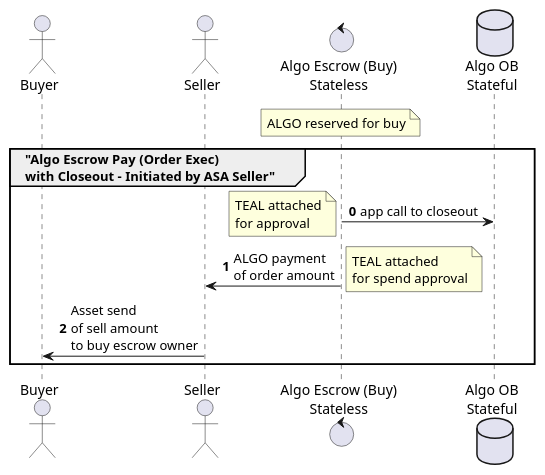
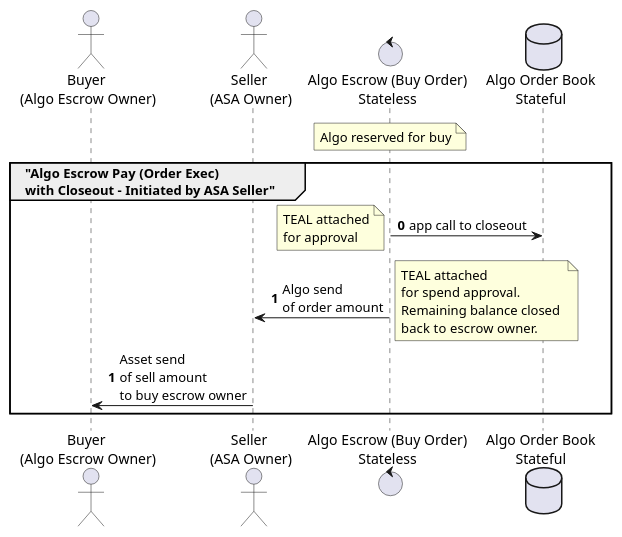
One commit to algodex/algodex-architecture changed the diagram in diagrams/algo_escrow_execute_full.puml. Above: the diagram before and after it, drawn with PlantUML. The commit also changed 18 other files, not shown here.

Commit message:
Add architecture updates

```diff
--- a/diagrams/algo_escrow_execute_full.puml
+++ b/diagrams/algo_escrow_execute_full.puml
@@ -1,17 +1,18 @@
 @startuml
-actor Buyer
-actor Seller
-control "Algo Escrow (Buy)\nStateless" as AlgoEscrow
-database "Algo OB\nStateful" as AlgoOB
-note over AlgoEscrow: ALGO reserved for buy
+actor "Buyer \n(Algo Escrow Owner)" as Buyer
+actor "Seller \n(ASA Owner)" as Seller
+control "Algo Escrow (Buy Order)\nStateless" as AlgoEscrow
+database "Algo Order Book\nStateful" as AlgoOB
+note over AlgoEscrow: Algo reserved for buy
 
 group "Algo Escrow Pay (Order Exec)\nwith Closeout - Initiated by ASA Seller"
 autonumber 0
 AlgoEscrow -> AlgoOB: app call to closeout
 note left: TEAL attached\nfor approval
-AlgoEscrow -> Seller: ALGO payment\nof order amount
-note right: TEAL attached\nfor spend approval
+AlgoEscrow -> Seller: Algo send\nof order amount
+autonumber 1
+note right: TEAL attached\nfor spend approval.\nRemaining balance closed \nback to escrow owner.
 Seller -> Buyer: Asset send\nof sell amount\nto buy escrow owner
 end
 
 @enduml
```
